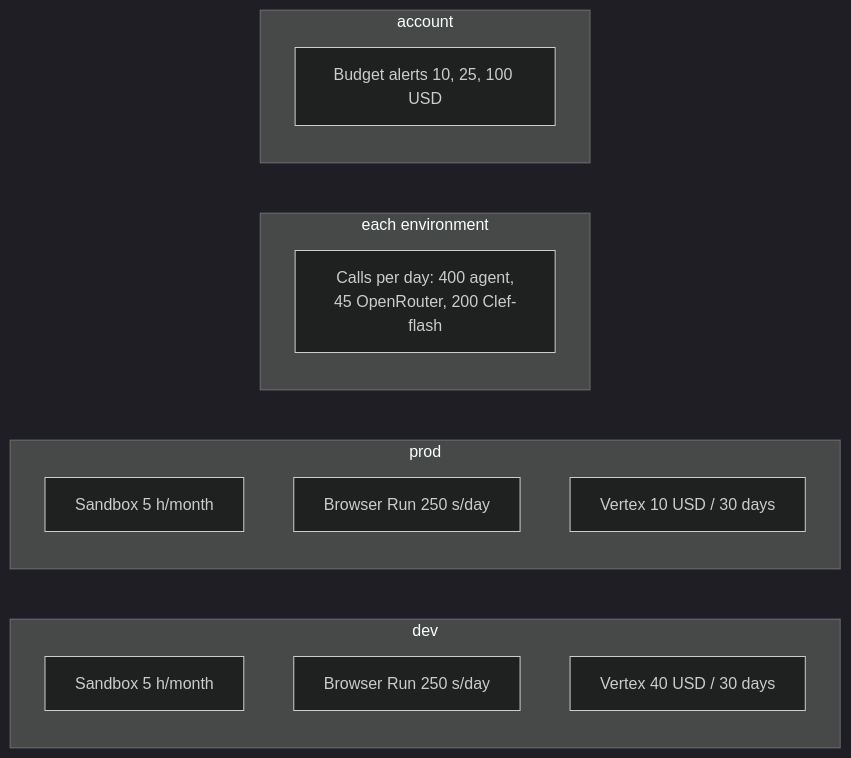
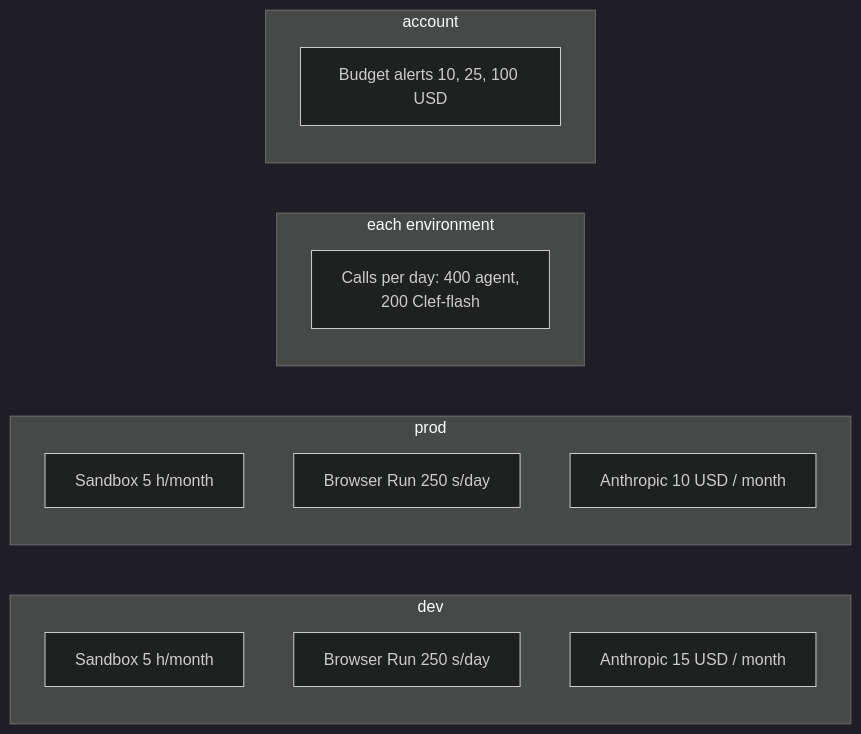
One commit to nsudhanva/rhumbatron changed the second of 2 diagrams in docs/operations/costs.md. Above: the diagram before and after it, drawn with Mermaid (dark theme). The commit also changed other lines of this file and 8 other files, not shown here.

````diff
--- a/docs/operations/costs.md
+++ b/docs/operations/costs.md
@@ -46,19 +46,19 @@
 ```mermaid
 flowchart LR
   subgraph dev[dev]
     ds[Sandbox 5 h/month]
     db[Browser Run 250 s/day]
-    dv[Vertex 40 USD / 30 days]
+    dv[Anthropic 15 USD / month]
   end
   subgraph prod[prod]
     ps[Sandbox 5 h/month]
     pb[Browser Run 250 s/day]
-    pv[Vertex 10 USD / 30 days]
+    pv[Anthropic 10 USD / month]
   end
   subgraph each[each environment]
-    ac[Calls per day: 400 agent,<br/>45 OpenRouter, 200 Clef-flash]
+    ac[Calls per day: 400 agent,<br/>200 Clef-flash]
   end
   subgraph account[account]
     ab[Budget alerts 10, 25, 100 USD]
   end
 ```
````
